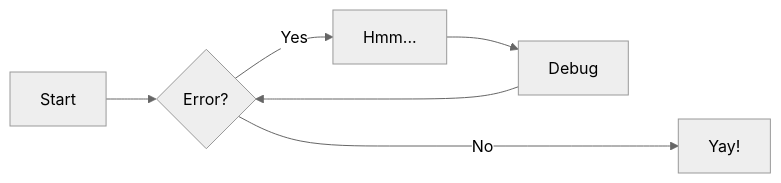
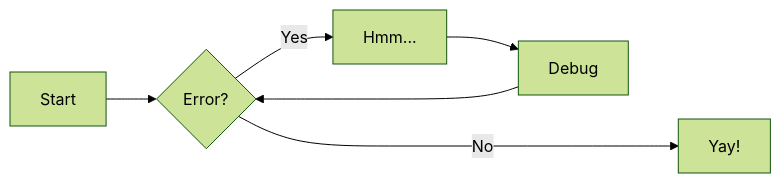
The diagram in docs/mermaid-diagram-test1.md (RoadieHQ/sample-service), drawn with Mermaid before and after one commit.

````diff
--- a/docs/mermaid-diagram-test1.md
+++ b/docs/mermaid-diagram-test1.md
@@ -1,9 +1,9 @@
 ```mermaid
-%%{init: {'theme': 'neutral', 'themeVariables': { 'darkMode': 'true' }}}%%
+%%{init: {'theme': 'forest', 'themeVariables': { 'darkMode': 'true' }}}%%
 graph LR
   A[Start] --> B{Error?};
   B -->|Yes| C[Hmm...];
   C --> D[Debug];
   D --> B;
   B ---->|No| E[Yay!];
 ```
````
